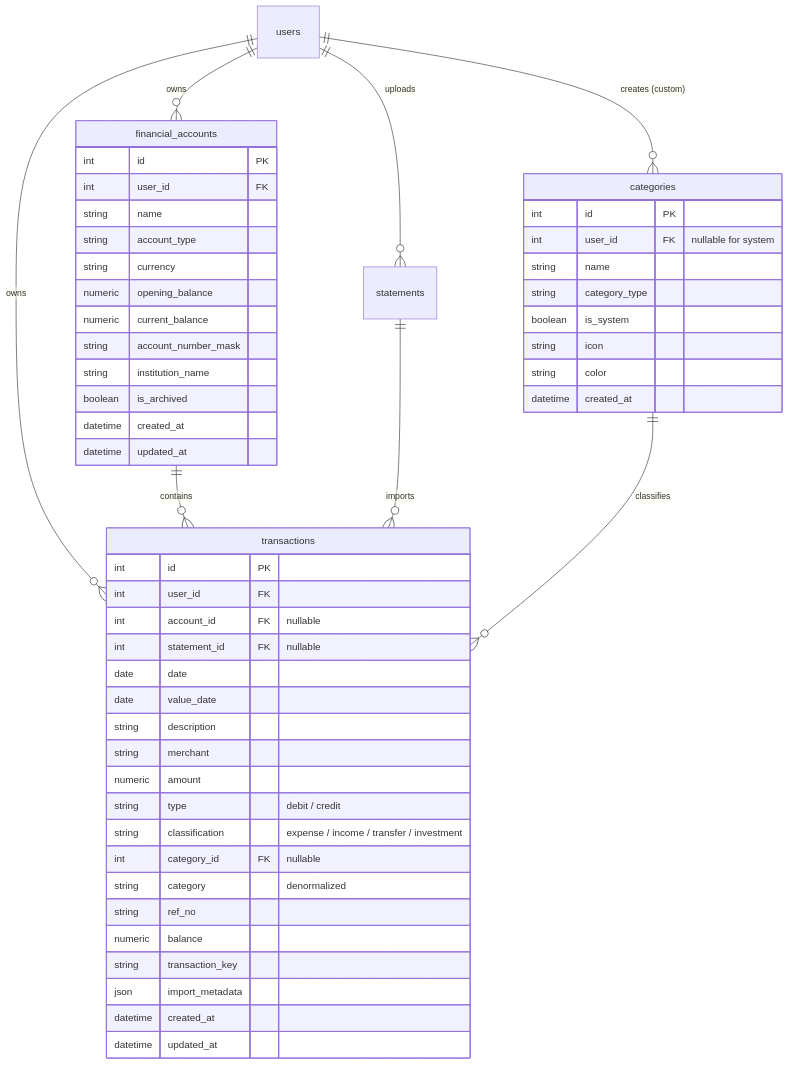
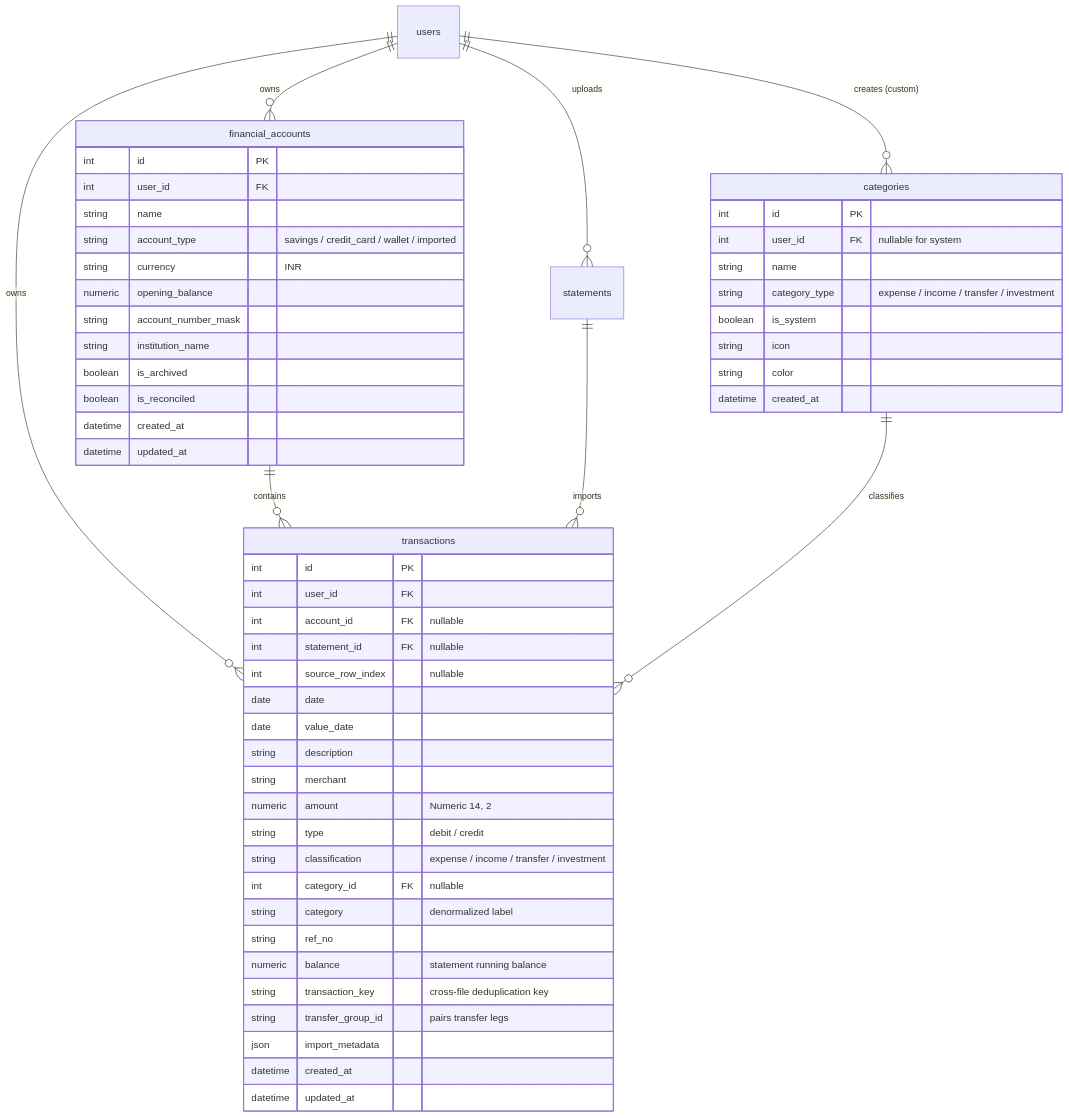
The diagram in docs/transaction-schema-plan.md (Rushalishahh/PaisaClarity), drawn with Mermaid before and after one commit. The commit also changed other lines of this file, not shown here.

Commit message:
docs: incorporate required review adjustments into transaction schema plan

````diff
--- a/docs/transaction-schema-plan.md
+++ b/docs/transaction-schema-plan.md
@@ -29,59 +29,61 @@
 ```mermaid
 erDiagram
     users ||--o{ financial_accounts : "owns"
     users ||--o{ statements : "uploads"
     users ||--o{ categories : "creates (custom)"
     users ||--o{ transactions : "owns"
     
     financial_accounts ||--o{ transactions : "contains"
     statements ||--o{ transactions : "imports"
     categories ||--o{ transactions : "classifies"
 
     financial_accounts {
         int id PK
         int user_id FK
         string name
-        string account_type
-        string currency
+        string account_type "savings / credit_card / wallet / imported"
+        string currency "INR"
         numeric opening_balance
-        numeric current_balance
         string account_number_mask
         string institution_name
         boolean is_archived
+        boolean is_reconciled
         datetime created_at
         datetime updated_at
     }
 
     categories {
         int id PK
         int user_id FK "nullable for system"
         string name
-        string category_type
+        string category_type "expense / income / transfer / investment"
         boolean is_system
         string icon
         string color
         datetime created_at
     }
 
     transactions {
         int id PK
         int user_id FK
         int account_id FK "nullable"
         int statement_id FK "nullable"
+        int source_row_index "nullable"
         date date
         date value_date
         string description
         string merchant
-        numeric amount
+        numeric amount "Numeric 14, 2"
         string type "debit / credit"
         string classification "expense / income / transfer / investment"
         int category_id FK "nullable"
-        string category "denormalized"
+        string category "denormalized label"
         string ref_no
-        numeric balance
-        string transaction_key
+        numeric balance "statement running balance"
+        string transaction_key "cross-file deduplication key"
+        string transfer_group_id "pairs transfer legs"
         json import_metadata
         datetime created_at
         datetime updated_at
     }
 ```
````
